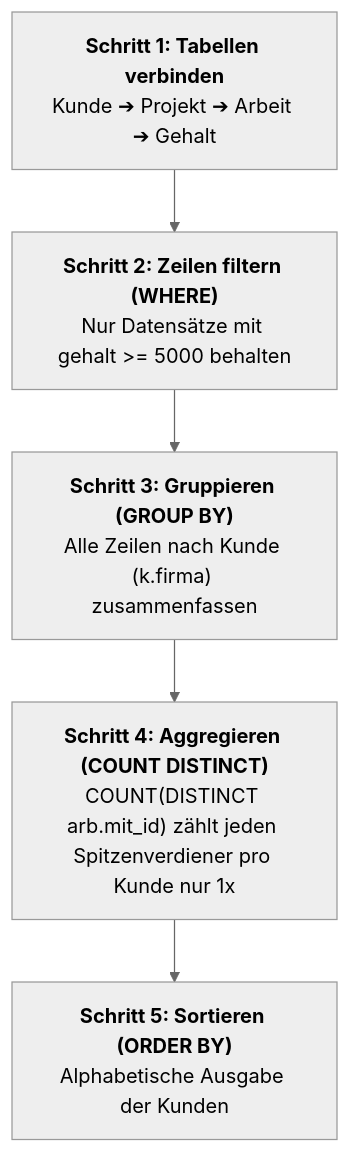
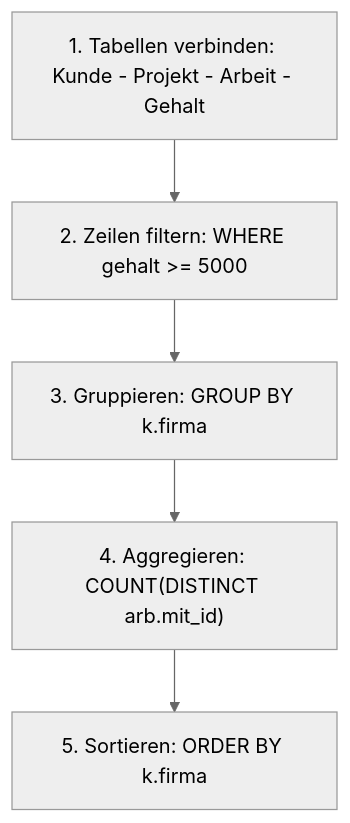
Before and after one commit to T-Boyke/SQL-Fundamentals: the third of 5 diagrams in Day_16/readme.md, drawn with Mermaid (neutral theme). The commit also changed other lines of this file, not shown here.

Commit message:
fix(day16): sanitize mermaid diagrams syntax by removing html tags and complex classes for universal rendering

````diff
--- a/Day_16/readme.md
+++ b/Day_16/readme.md
@@ -97,7 +92,7 @@
 ```mermaid
 flowchart TD
-    S1["<b>Schritt 1: Tabellen verbinden</b><br/>Kunde ➔ Projekt ➔ Arbeit ➔ Gehalt"] --> S2["<b>Schritt 2: Zeilen filtern (WHERE)</b><br/>Nur Datensätze mit gehalt >= 5000 behalten"]
-    S2 --> S3["<b>Schritt 3: Gruppieren (GROUP BY)</b><br/>Alle Zeilen nach Kunde (k.firma) zusammenfassen"]
-    S3 --> S4["<b>Schritt 4: Aggregieren (COUNT DISTINCT)</b><br/>COUNT(DISTINCT arb.mit_id) zählt jeden Spitzenverdiener pro Kunde nur 1x"]
-    S4 --> S5["<b>Schritt 5: Sortieren (ORDER BY)</b><br/>Alphabetische Ausgabe der Kunden"]
+    S1["1. Tabellen verbinden: Kunde - Projekt - Arbeit - Gehalt"] --> S2["2. Zeilen filtern: WHERE gehalt >= 5000"]
+    S2 --> S3["3. Gruppieren: GROUP BY k.firma"]
+    S3 --> S4["4. Aggregieren: COUNT(DISTINCT arb.mit_id)"]
+    S4 --> S5["5. Sortieren: ORDER BY k.firma"]
 ```
````
